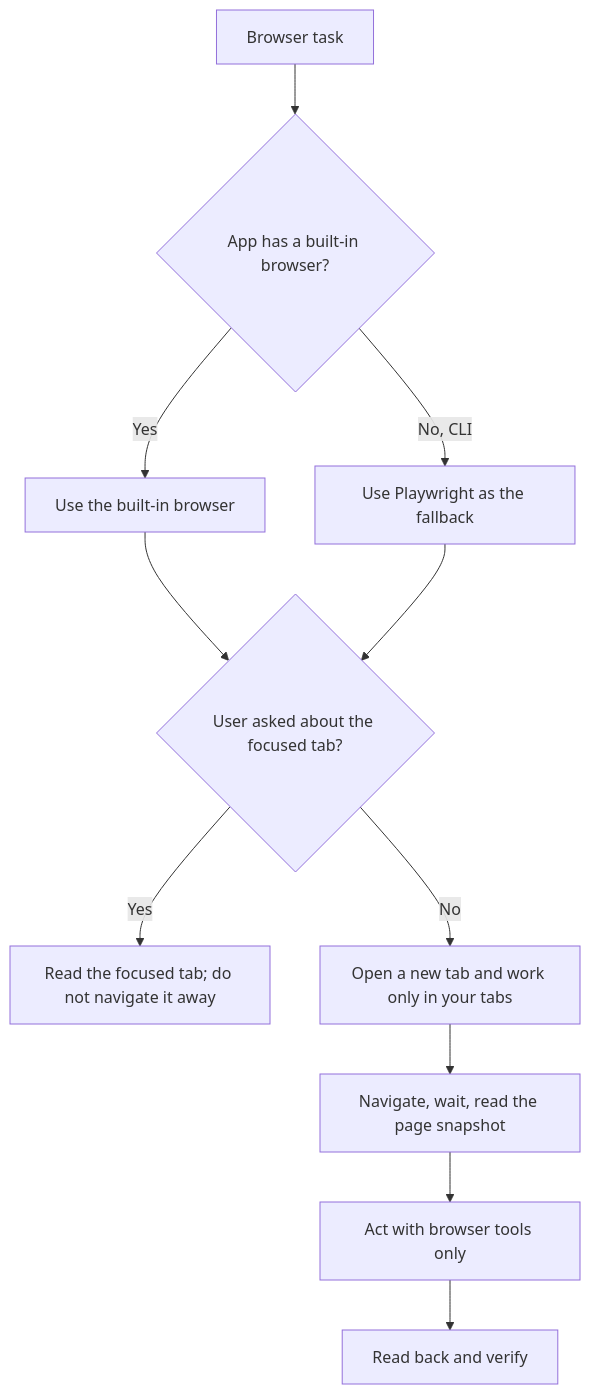
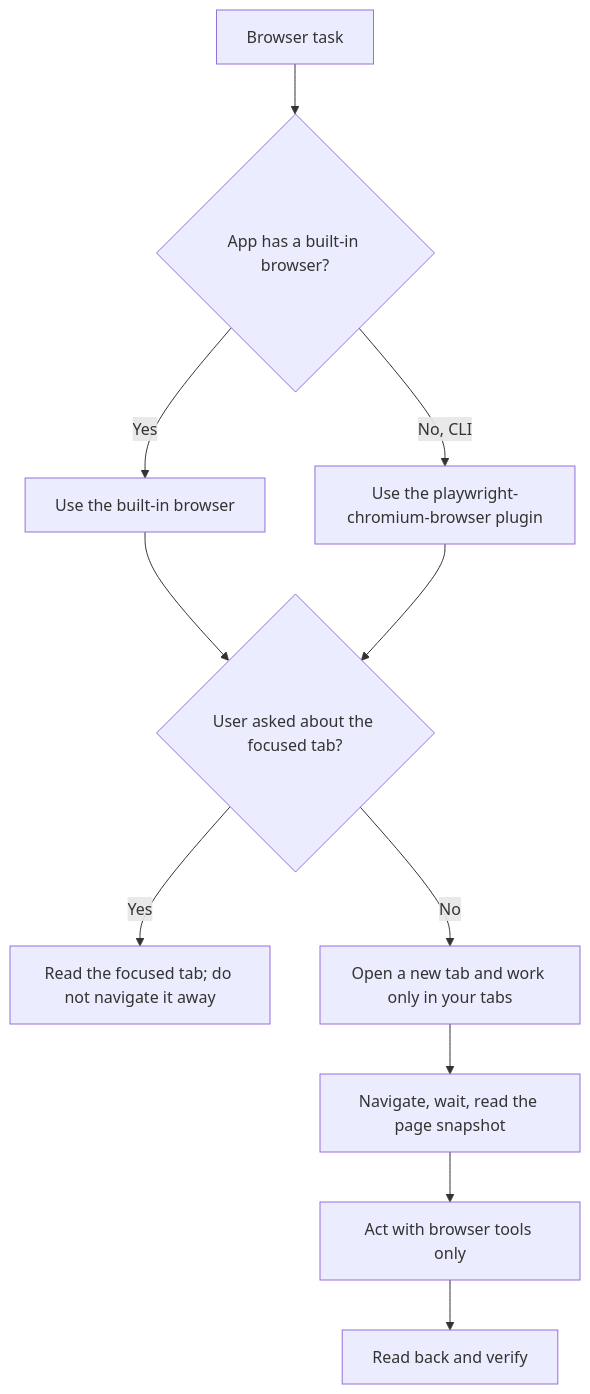
Before and after one commit to fsw0422/skills: the diagram in browser-pilot/SKILL.md, drawn with Mermaid. The commit also changed other lines of this file and 5 other files, not shown here.

````diff
--- a/browser-pilot/SKILL.md
+++ b/browser-pilot/SKILL.md
@@ -12,13 +12,13 @@
 ```mermaid
 flowchart TD
     A[Browser task] --> B{App has a built-in browser?}
     B -- Yes --> C[Use the built-in browser]
-    B -- No, CLI --> D[Use Playwright as the fallback]
+    B -- No, CLI --> D[Use the playwright-chromium-browser plugin]
     C --> E{User asked about the focused tab?}
     D --> E
     E -- Yes --> F[Read the focused tab; do not navigate it away]
     E -- No --> G[Open a new tab and work only in your tabs]
     G --> H[Navigate, wait, read the page snapshot]
     H --> I[Act with browser tools only]
     I --> J[Read back and verify]
 ```
````
